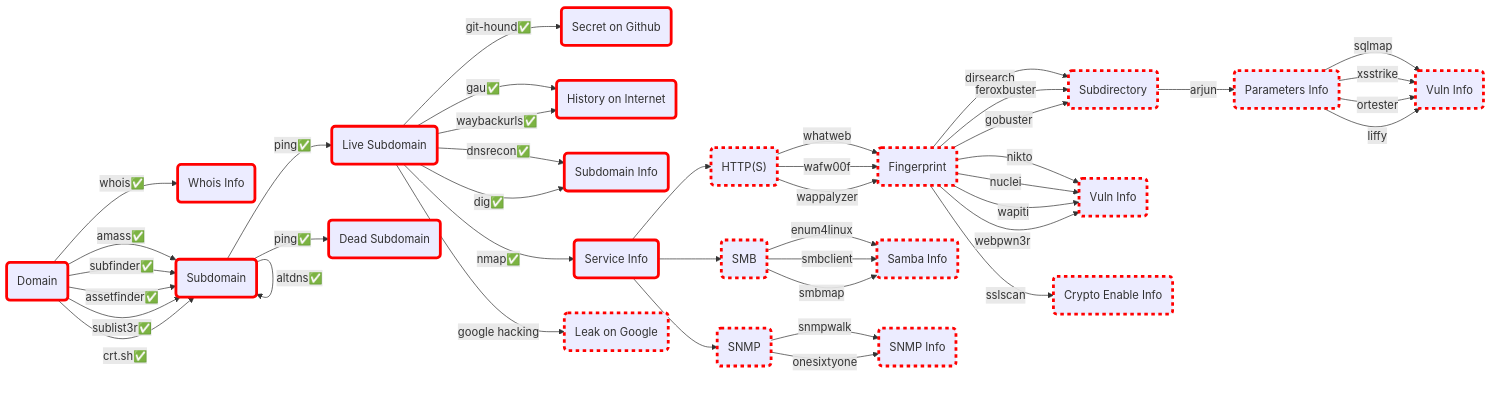
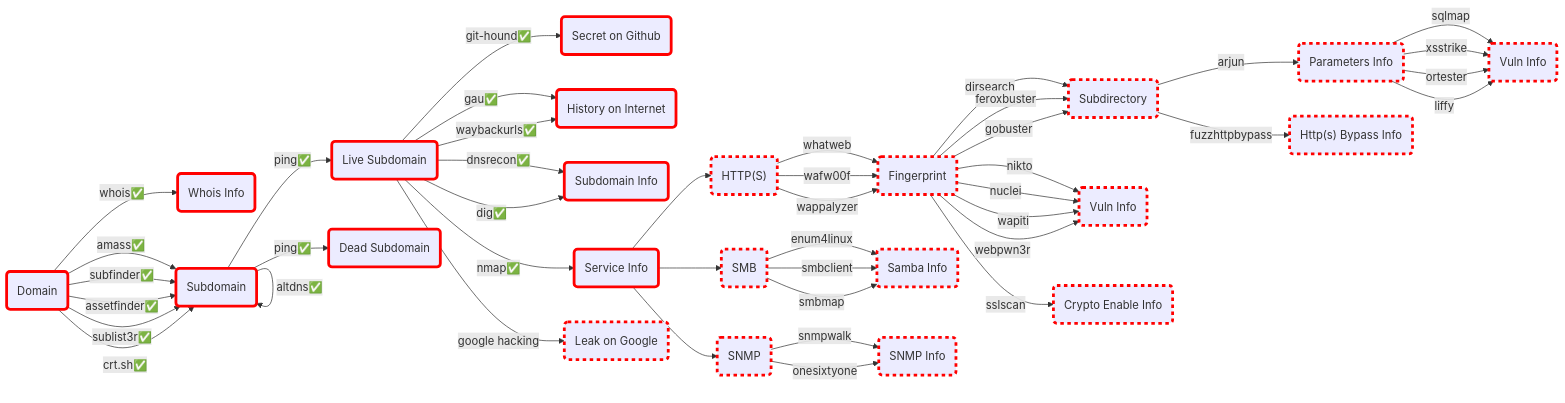
Before and after one commit to astroicers/recon-pocket: the first of 2 diagrams in README.md, drawn with Mermaid. The commit also changed other lines of this file, not shown here.

Commit message:
Update README.md
fix some

````diff
--- a/README.md
+++ b/README.md
@@ -9,64 +9,66 @@
 ```mermaid
 graph LR
 
   style A  stroke:red,stroke-width:4px
   style B1 stroke:red,stroke-width:4px
   style B2 stroke:red,stroke-width:4px
   style C1 stroke:red,stroke-width:4px
   style C2 stroke:red,stroke-width:4px
   style C3 stroke:red,stroke-width:4px
   style C4 stroke:red,stroke-width:4px
   style D1 stroke:red,stroke-width:4px
   style D2 stroke:red,stroke-width:4px
   style D3 stroke:red,stroke-width:4px,stroke-dasharray: 5 5
   style E1 stroke:red,stroke-width:4px,stroke-dasharray: 5 5
   style E2 stroke:red,stroke-width:4px,stroke-dasharray: 5 5
   style E3 stroke:red,stroke-width:4px,stroke-dasharray: 5 5
   style F1 stroke:red,stroke-width:4px,stroke-dasharray: 5 5
   style F2 stroke:red,stroke-width:4px,stroke-dasharray: 5 5
   style F3 stroke:red,stroke-width:4px,stroke-dasharray: 5 5
   style G1 stroke:red,stroke-width:4px,stroke-dasharray: 5 5
   style G2 stroke:red,stroke-width:4px,stroke-dasharray: 5 5
   style G3 stroke:red,stroke-width:4px,stroke-dasharray: 5 5
   style H1 stroke:red,stroke-width:4px,stroke-dasharray: 5 5
+  style H2 stroke:red,stroke-width:4px,stroke-dasharray: 5 5
   style I1 stroke:red,stroke-width:4px,stroke-dasharray: 5 5
   A(Domain) -->|"whois✅"|B1(Whois Info)
   A(Domain) -->|"amass✅"|B2(Subdomain)
   A(Domain) -->|"subfinder✅"|B2(Subdomain)
   A(Domain) -->|"assetfinder✅"|B2(Subdomain)
   A(Domain) -->|"sublist3r✅"|B2(Subdomain)
   A(Domain) -->|"crt.sh✅"|B2(Subdomain)
   B2(Subdomain) -->|"altdns✅"|B2(Subdomain)
   B2(Subdomain) -->|"ping✅"|C1(Live Subdomain) & C2(Dead Subdomain)
   C1(Live Subdomain) -->|"git-hound✅"|C3(Secret on Github)
   C1(Live Subdomain) -->|"gau✅"|C4(History on Internet)
   C1(Live Subdomain) -->|"waybackurls✅"|C4(History on Internet)
   C1(Live Subdomain) -->|"dnsrecon✅"|D1(Subdomain Info)
   C1(Live Subdomain) -->|"dig✅"|D1(Subdomain Info)
   C1(Live Subdomain) -->|"nmap✅"|D2(Service Info)
   C1(Live Subdomain) -->|"google hacking"|D3(Leak on Google)
   D2(Service Info) --> E1("HTTP(S)")
   D2(Service Info) --> E2(SMB)
   D2(Service Info) --> E3(SNMP)
   E1("HTTP(S)") -->|"whatweb"|F1(Fingerprint)
   E1("HTTP(S)") -->|"wafw00f"|F1(Fingerprint)
   E1("HTTP(S)") -->|"wappalyzer"|F1(Fingerprint)
   E2(SMB) -->|"enum4linux"|F2(Samba Info)
   E2(SMB) -->|"smbclient"|F2(Samba Info)
   E2(SMB) -->|"smbmap"|F2(Samba Info)
   E3(SNMP) -->|"snmpwalk"|F3(SNMP Info)
   E3(SNMP) -->|"onesixtyone"|F3(SNMP Info)
   F1(Fingerprint) -->|"dirsearch"|G1(Subdirectory)
   F1(Fingerprint) -->|"feroxbuster"|G1(Subdirectory)
   F1(Fingerprint) -->|"gobuster"|G1(Subdirectory)
   F1(Fingerprint) -->|"nikto"|G2(Vuln Info)
   F1(Fingerprint) -->|"nuclei"|G2(Vuln Info)
   F1(Fingerprint) -->|"wapiti"|G2(Vuln Info)
   F1(Fingerprint) -->|"webpwn3r"|G2(Vuln Info)
   F1(Fingerprint) -->|"sslscan"|G3(Crypto Enable Info)
   G1(Subdirectory) -->|"arjun"|H1(Parameters Info)
+  G1(Subdirectory) -->|"fuzzhttpbypass"|H2("Http(s) Bypass Info")
   H1(Parameters Info) -->|"sqlmap"|I1(Vuln Info)
   H1(Parameters Info) -->|"xsstrike"|I1(Vuln Info)
   H1(Parameters Info) -->|"ortester"|I1(Vuln Info)
   H1(Parameters Info) -->|"liffy"|I1(Vuln Info)
 ```
````
